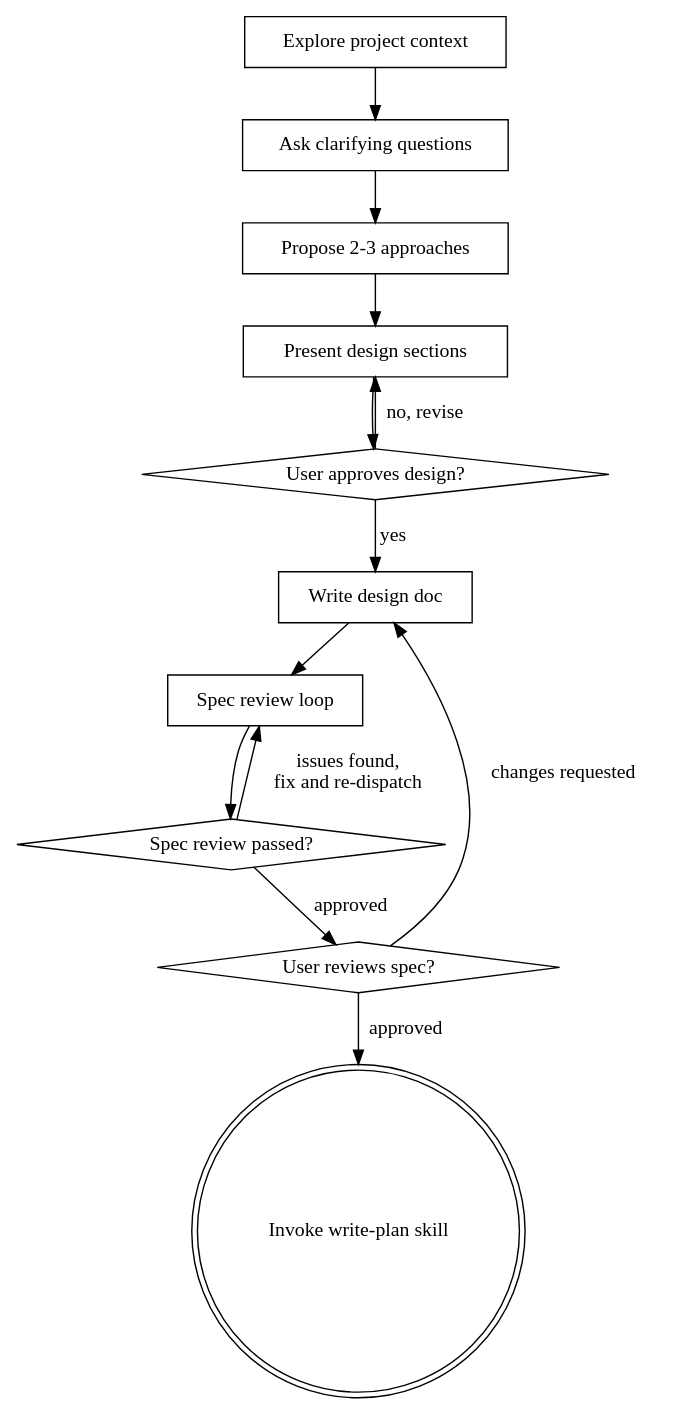
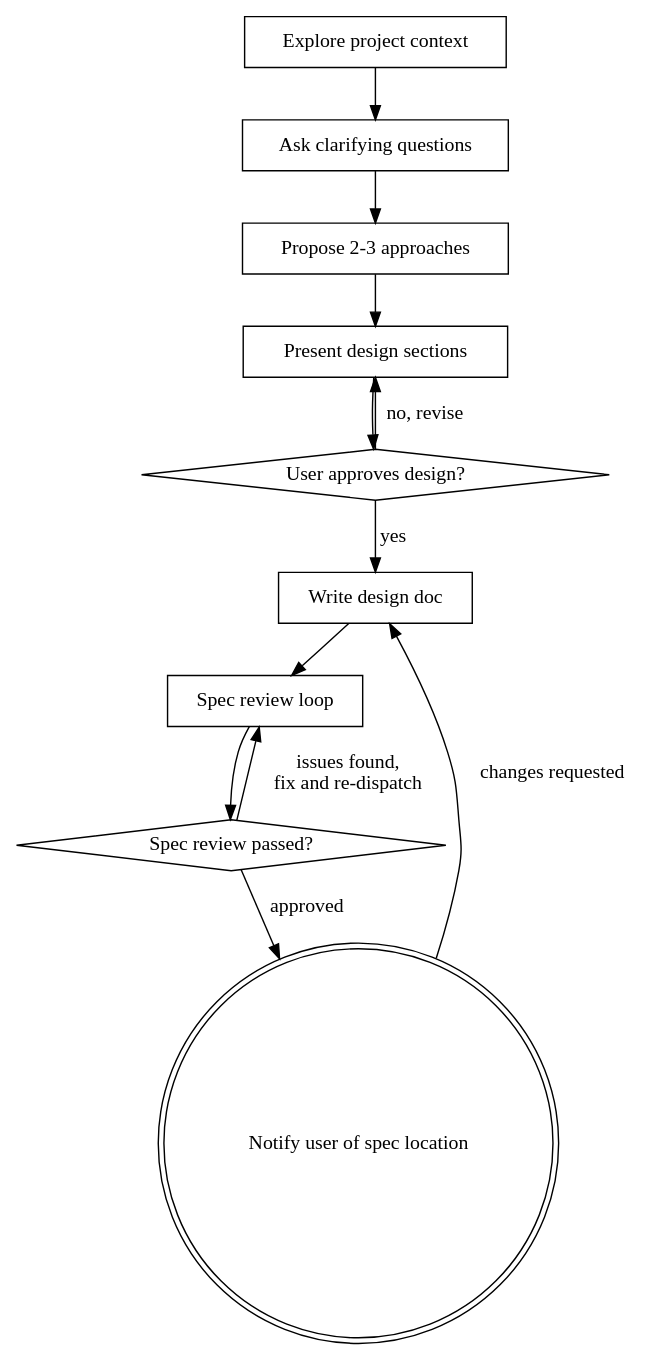
Before and after one commit to fcielo-workwave/claude-plugin: the diagram in skills/brainstorm/SKILL.md, drawn with Graphviz. The commit also changed other lines of this file and 2 other files, not shown here.

First line of the commit message:
fix(skills): fix dangling references and remove write-plan auto-invocation from brainstorm

````diff
--- a/skills/brainstorm/SKILL.md
+++ b/skills/brainstorm/SKILL.md
@@ -36,27 +35,25 @@
 ```dot
 digraph brainstorming {
     "Explore project context" [shape=box];
     "Ask clarifying questions" [shape=box];
     "Propose 2-3 approaches" [shape=box];
     "Present design sections" [shape=box];
     "User approves design?" [shape=diamond];
     "Write design doc" [shape=box];
     "Spec review loop" [shape=box];
     "Spec review passed?" [shape=diamond];
-    "User reviews spec?" [shape=diamond];
-    "Invoke write-plan skill" [shape=doublecircle];
+    "Notify user of spec location" [shape=doublecircle];
 
     "Explore project context" -> "Ask clarifying questions";
     "Ask clarifying questions" -> "Propose 2-3 approaches";
     "Propose 2-3 approaches" -> "Present design sections";
     "Present design sections" -> "User approves design?";
     "User approves design?" -> "Present design sections" [label="no, revise"];
     "User approves design?" -> "Write design doc" [label="yes"];
     "Write design doc" -> "Spec review loop";
     "Spec review loop" -> "Spec review passed?";
     "Spec review passed?" -> "Spec review loop" [label="issues found,\nfix and re-dispatch"];
-    "Spec review passed?" -> "User reviews spec?" [label="approved"];
-    "User reviews spec?" -> "Write design doc" [label="changes requested"];
-    "User reviews spec?" -> "Invoke write-plan skill" [label="approved"];
+    "Spec review passed?" -> "Notify user of spec location" [label="approved"];
+    "Notify user of spec location" -> "Write design doc" [label="changes requested"];
 }
 ```
````
